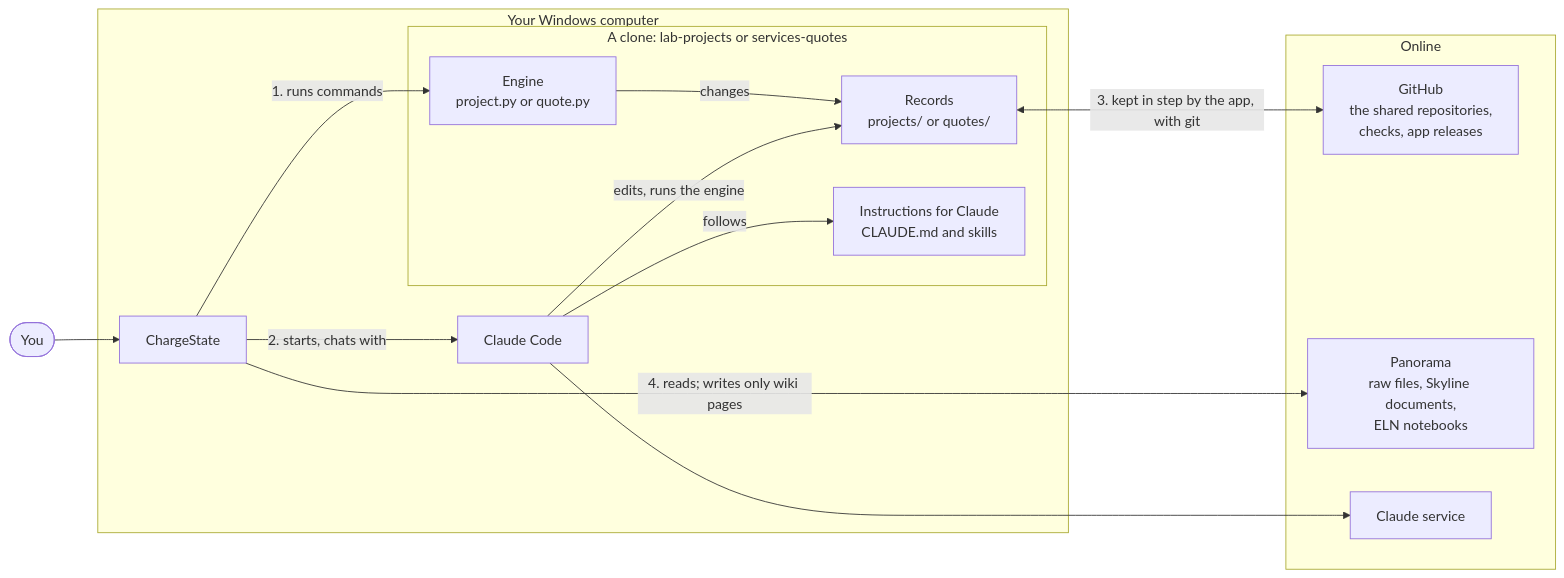
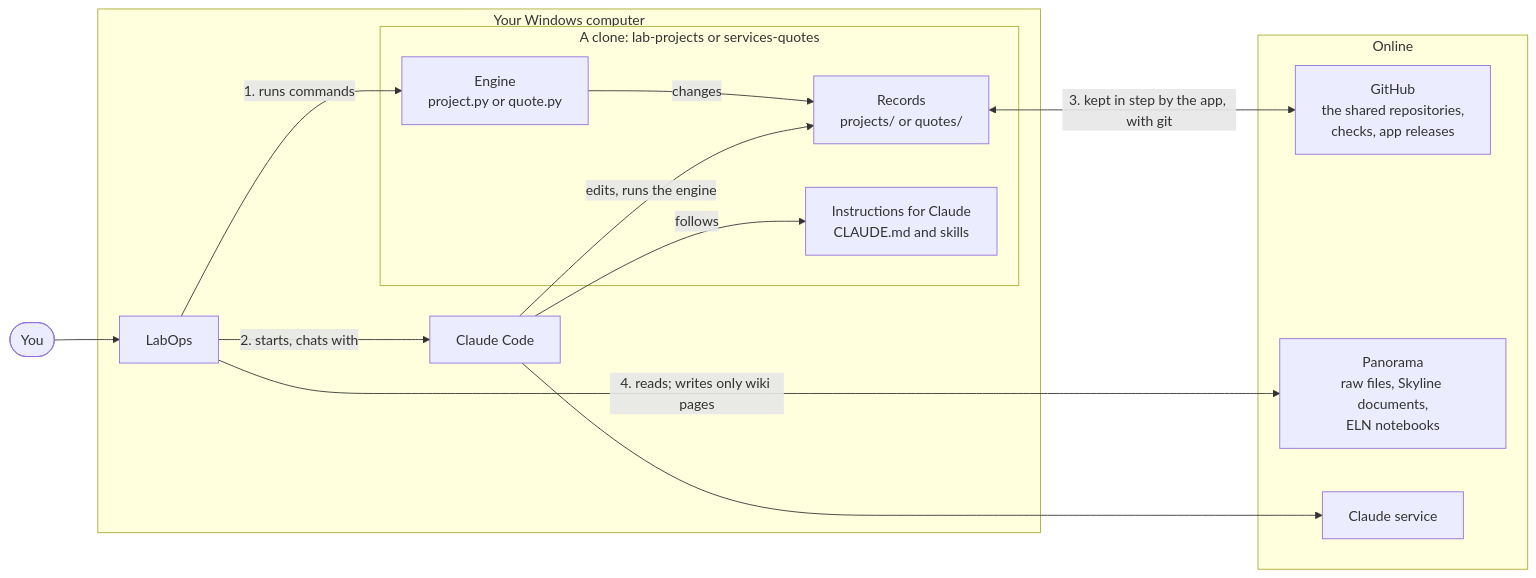
Before and after one commit to uw-maccosslab/LabOps: the first of 6 diagrams in docs/architecture.md, drawn with Mermaid. The commit also changed other lines of this file and 258 other files, not shown here.

First line of the commit message:
Rename the app from ChargeState to LabOps

````diff
--- a/docs/architecture.md
+++ b/docs/architecture.md
@@ -26,29 +26,29 @@
 ```mermaid
 flowchart LR
     you(["You"]) --> app
 
     subgraph computer["Your Windows computer"]
-        app["ChargeState"]
+        app["LabOps"]
         claude["Claude Code"]
         subgraph clone["A clone: lab-projects or services-quotes"]
             records["Records<br/>projects/ or quotes/"]
             engine["Engine<br/>project.py or quote.py"]
             guide["Instructions for Claude<br/>CLAUDE.md and skills"]
         end
     end
 
     subgraph online["Online"]
         github["GitHub<br/>the shared repositories,<br/>checks, app releases"]
         panorama["Panorama<br/>raw files, Skyline documents,<br/>ELN notebooks"]
         claudeService["Claude service"]
     end
 
     app -->|"1. runs commands"| engine
     engine -->|"changes"| records
     app -->|"2. starts, chats with"| claude
     claude -->|"follows"| guide
     claude -->|"edits, runs the engine"| records
     records <-->|"3. kept in step by the app, with git"| github
     app -->|"4. reads; writes only wiki pages"| panorama
     claude --> claudeService
 ```
````
